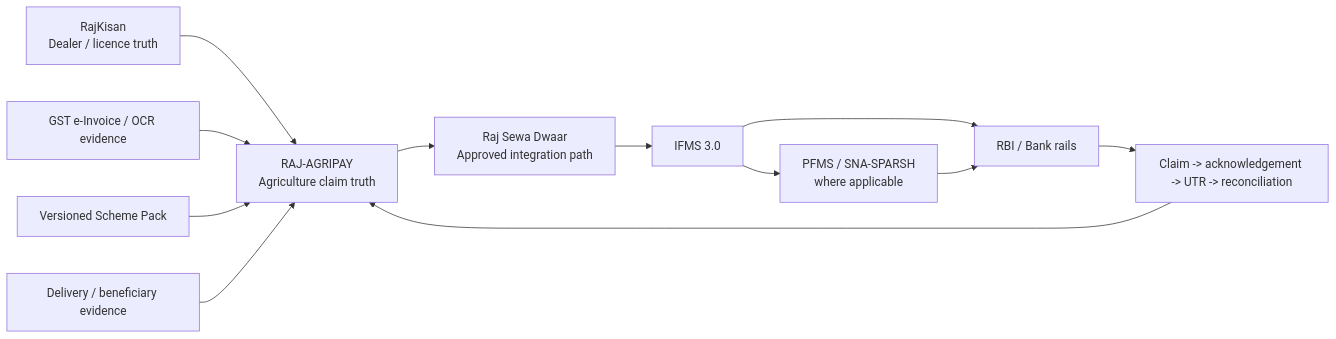
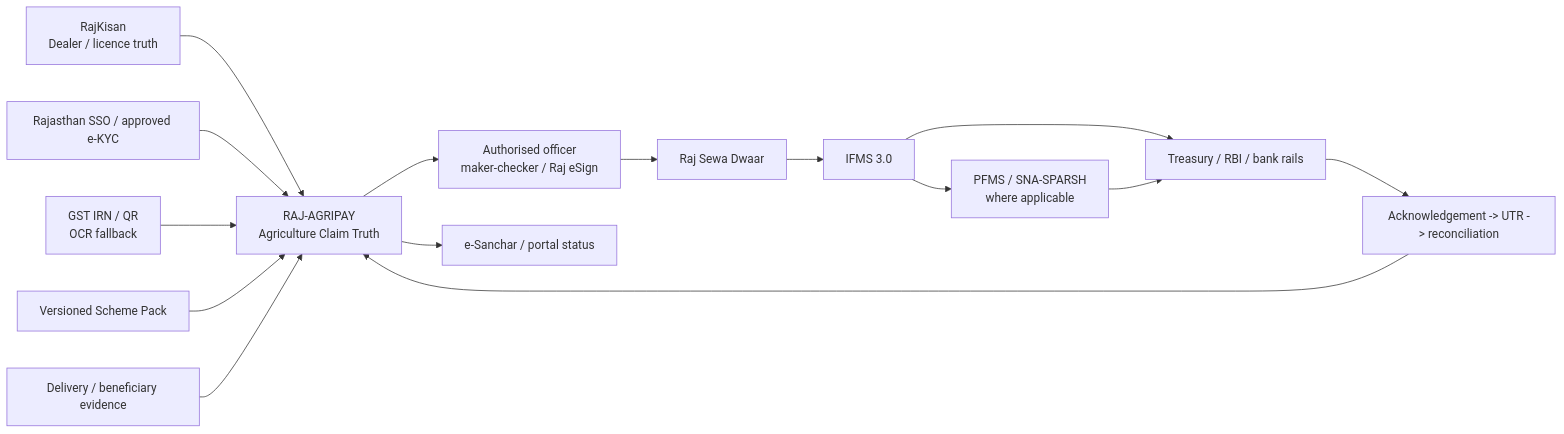
The first of 4 diagrams in README.md (Sauravssoni/RIC-Dealer-Management-System), drawn with Mermaid before and after one commit. The commit also changed other lines of this file, not shown here.

Commit message:
docs: final evaluator-grade README and verified release status

````diff
--- a/README.md
+++ b/README.md
@@ -39,14 +54,17 @@
 ```mermaid
 flowchart LR
-    RK[RajKisan\nDealer / licence truth] --> AG[RAJ-AGRIPAY\nAgriculture claim truth]
-    GST[GST e-Invoice / OCR evidence] --> AG
+    RK[RajKisan\nDealer / licence truth] --> AG[RAJ-AGRIPAY\nAgriculture Claim Truth]
+    SSO[Rajasthan SSO / approved e-KYC] --> AG
+    GST[GST IRN / QR\nOCR fallback] --> AG
     RULE[Versioned Scheme Pack] --> AG
     DEL[Delivery / beneficiary evidence] --> AG
-    AG --> RSD[Raj Sewa Dwaar\nApproved integration path]
+    AG --> AUTH[Authorised officer\nmaker-checker / Raj eSign]
+    AUTH --> RSD[Raj Sewa Dwaar]
     RSD --> IFMS[IFMS 3.0]
     IFMS --> PFMS[PFMS / SNA-SPARSH\nwhere applicable]
-    IFMS --> BANK[RBI / Bank rails]
+    IFMS --> BANK[Treasury / RBI / bank rails]
     PFMS --> BANK
-    BANK --> REC[Claim -> acknowledgement -> UTR -> reconciliation]
+    BANK --> REC[Acknowledgement -> UTR -> reconciliation]
     REC --> AG
+    AG --> MSG[e-Sanchar / portal status]
 ```
````
